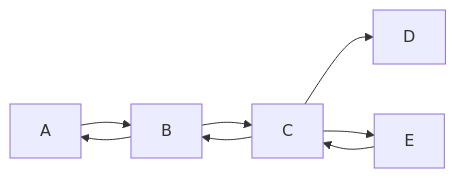
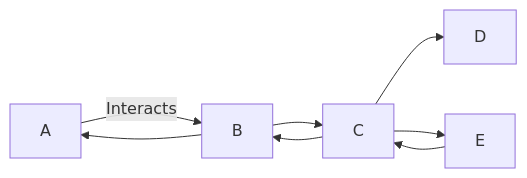
The diagram in README.md (RAJATKUMARSINGH527/School-Payments-Application), drawn with Mermaid before and after one commit.

Commit message:
Added SchoolPay readme.md

````diff
--- a/README.md
+++ b/README.md
@@ -83,10 +83,11 @@
 ```mermaid
 graph LR
-    A --> B
+    A -->|Interacts| B
     B --> C
     C --> D
     C --> E
     E --> C
     C --> B
     B --> A
+
 ```
````
